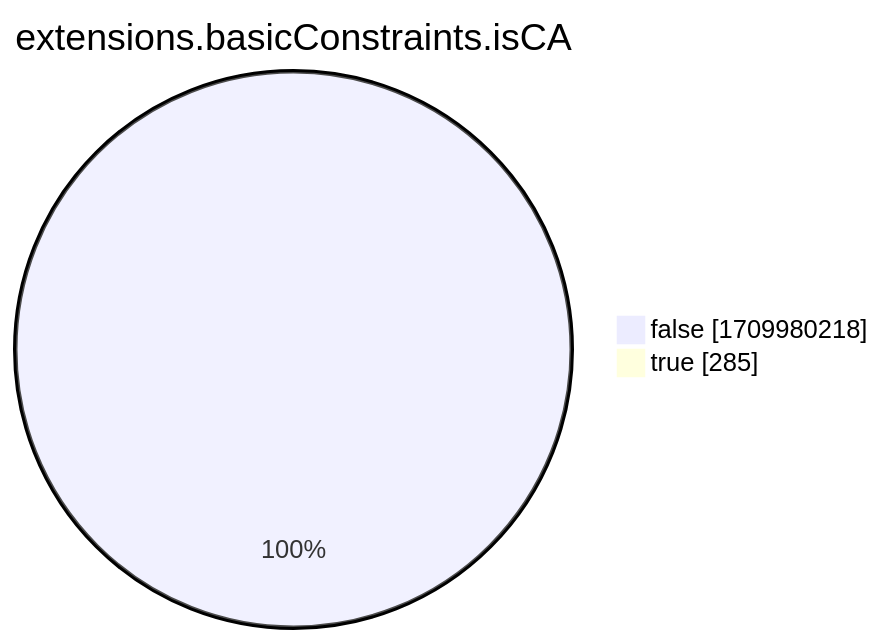
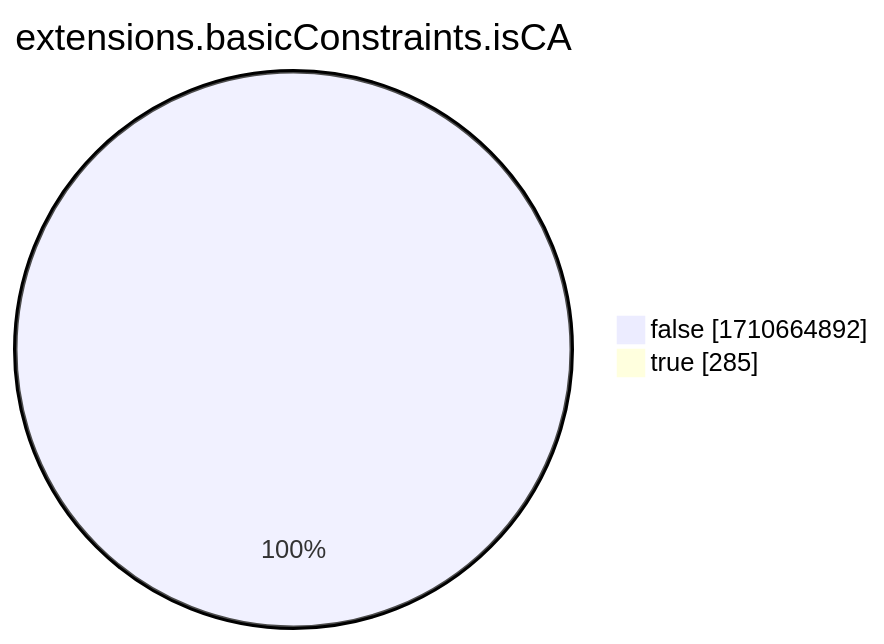
The eighth of 15 diagrams in xenon2022/README.md (christiankrug/ctmonitor_visualization), drawn with Mermaid before and after one commit. The commit also changed other lines of this file, not shown here.

````diff
--- a/xenon2022/README.md
+++ b/xenon2022/README.md
@@ -2866,6 +2866,6 @@
 ```mermaid
 pie showData
 title extensions.basicConstraints.isCA
-"false" :1709980218
+"false" :1710664892
 "true" :285
 ```
````
